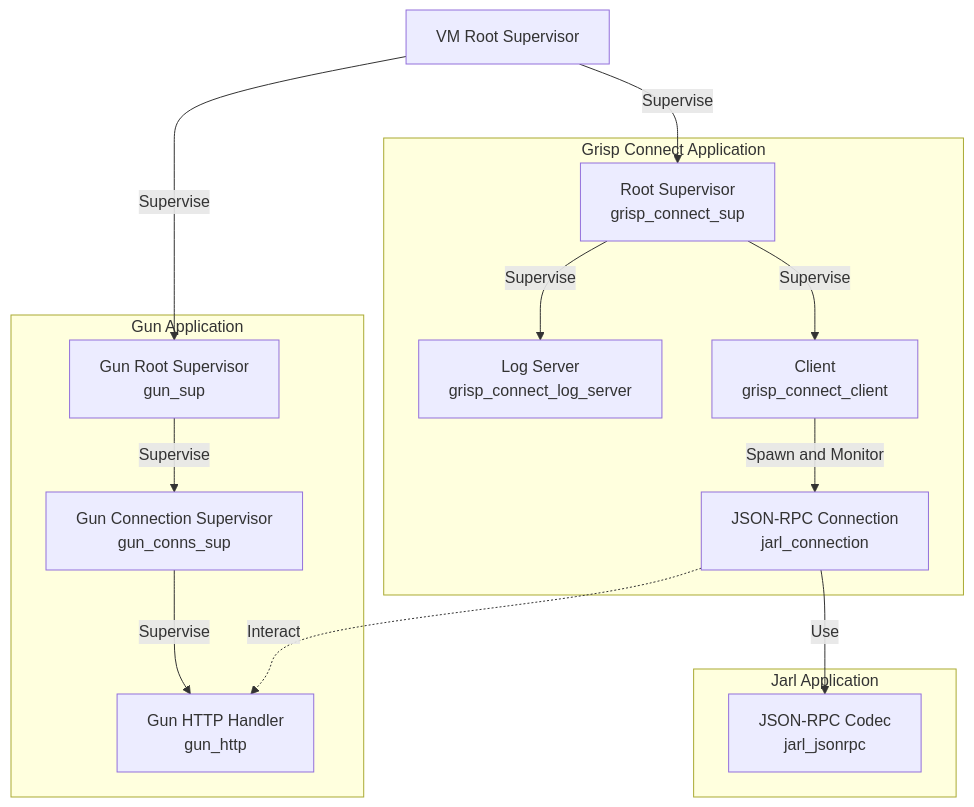
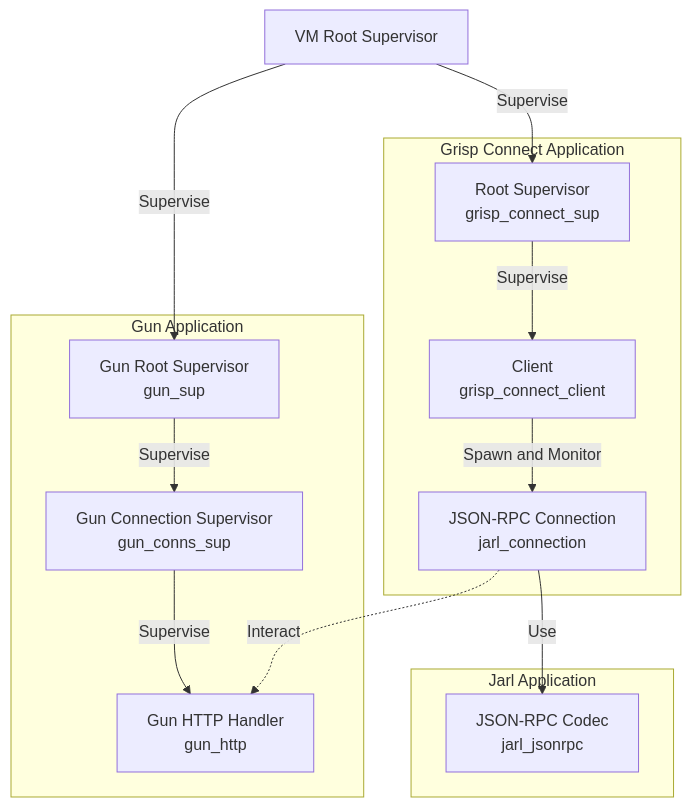
Before and after one commit to grisp/grisp_connect: the diagram in docs/grisp_connect_architecture.md, drawn with Mermaid. The commit also changed 16 other files, not shown here.

````diff
--- a/docs/grisp_connect_architecture.md
+++ b/docs/grisp_connect_architecture.md
@@ -3,35 +3,33 @@
 ```mermaid
 graph TD
     RootSup[VM Root Supervisor]
 
     subgraph GrispConnectApp[Grisp Connect Application]
         GrispConnectRootSup[Root Supervisor<br>grisp_connect_sup]
-        GrispConnectLogServer[Log Server<br>grisp_connect_log_server]
         GrispConnectClient[Client<br>grisp_connect_client]
 
-        GrispConnectRootSup --Supervise--> GrispConnectLogServer
         GrispConnectRootSup --Supervise--> GrispConnectClient
         GrispConnectClient --Spawn and Monitor--> JarlConnection
     end
 
     subgraph JarlApp[Jarl Application]
         JarlConnection[JSON-RPC Connection<br>jarl_connection]
         JarlJsonRpc[JSON-RPC Codec<br>jarl_jsonrpc]
 
         JarlConnection --Use--> JarlJsonRpc
     end
 
     subgraph GunApp[Gun Application]
         GunRootSup[Gun Root Supervisor<br>gun_sup]
         GunConnsSup[Gun Connection Supervisor<br>gun_conns_sup]
         Gun[Gun Connection<br>gun]
         Gun[Gun HTTP Handler<br>gun_http]
 
         GunRootSup --Supervise--> GunConnsSup
         GunConnsSup --Supervise--> Gun
     end
 
     RootSup --Supervise--> GrispConnectRootSup
     RootSup --Supervise--> GunRootSup
     JarlConnection -.Interact.-> Gun
 ```
````
